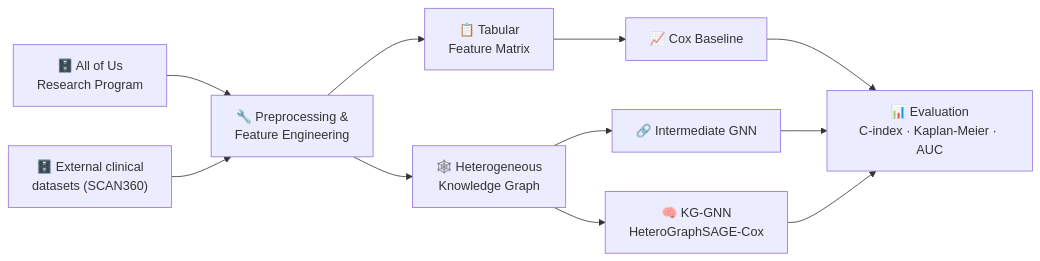
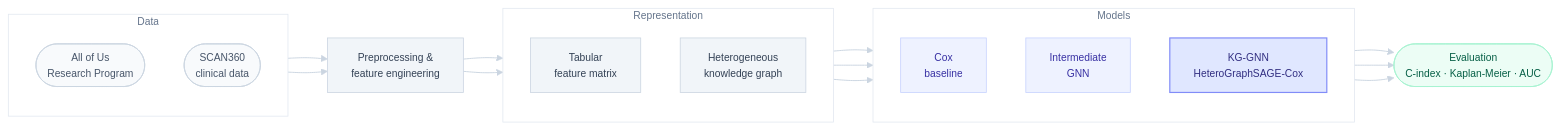
One commit to OrBrener1/Or-Brener-Portfolio changed the diagram in final-project-lung-cancer-survival/README.md. Above: the diagram before and after it, drawn with Mermaid. The commit also changed 2 other files, not shown here.

Commit message:
Restore list layout in main README; refine diagram styling

````diff
--- a/final-project-lung-cancer-survival/README.md
+++ b/final-project-lung-cancer-survival/README.md
@@ -42,13 +42,51 @@
 ```mermaid
+%%{init: {'theme':'base','themeVariables':{'fontFamily':'-apple-system, BlinkMacSystemFont, Segoe UI, Helvetica, Arial, sans-serif','fontSize':'13px','primaryColor':'#f1f5f9','primaryTextColor':'#334155','primaryBorderColor':'#cbd5e1','lineColor':'#94a3b8','clusterBkg':'#00000000','clusterBorder':'#e2e8f0','titleColor':'#64748b','edgeLabelBackground':'#00000000'}}}%%
 flowchart LR
-    A["🗄️ All of Us<br/>Research Program"] --> C
-    B["🗄️ External clinical<br/>datasets (SCAN360)"] --> C
-    C["🔧 Preprocessing &<br/>Feature Engineering"] --> D["🕸️ Heterogeneous<br/>Knowledge Graph"]
-    C --> E["📋 Tabular<br/>Feature Matrix"]
-    E --> F["📈 Cox Baseline"]
-    D --> G["🔗 Intermediate GNN"]
-    D --> H["🧠 KG-GNN<br/>HeteroGraphSAGE-Cox"]
-    F --> I["📊 Evaluation<br/>C-index · Kaplan-Meier · AUC"]
+    subgraph SRC [ Data ]
+        direction TB
+        A(["All of Us<br/>Research Program"])
+        B(["SCAN360<br/>clinical data"])
+    end
+
+    C["Preprocessing &amp;<br/>feature engineering"]
+
+    subgraph REP [ Representation ]
+        direction TB
+        E["Tabular<br/>feature matrix"]
+        D["Heterogeneous<br/>knowledge graph"]
+    end
+
+    subgraph MOD [ Models ]
+        direction TB
+        F["Cox<br/>baseline"]
+        G["Intermediate<br/>GNN"]
+        H["KG-GNN<br/>HeteroGraphSAGE-Cox"]
+    end
+
+    I(["Evaluation<br/>C-index · Kaplan-Meier · AUC"])
+
+    A --> C
+    B --> C
+    C --> E
+    C --> D
+    E --> F
+    D --> G
+    D --> H
+    F --> I
     G --> I
     H --> I
+
+    classDef src fill:#f8fafc,stroke:#cbd5e1,stroke-width:1px,color:#475569
+    classDef proc fill:#f1f5f9,stroke:#cbd5e1,stroke-width:1px,color:#334155
+    classDef model fill:#eef2ff,stroke:#c7d2fe,stroke-width:1px,color:#3730a3
+    classDef hero fill:#e0e7ff,stroke:#818cf8,stroke-width:1.5px,color:#312e81
+    classDef eval fill:#ecfdf5,stroke:#a7f3d0,stroke-width:1px,color:#065f46
+
+    class A,B src
+    class C,D,E proc
+    class F,G model
+    class H hero
+    class I eval
+
+    linkStyle default stroke:#cbd5e1,stroke-width:1.2px
 ```
````
